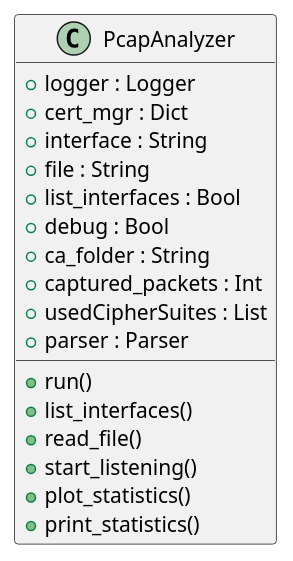
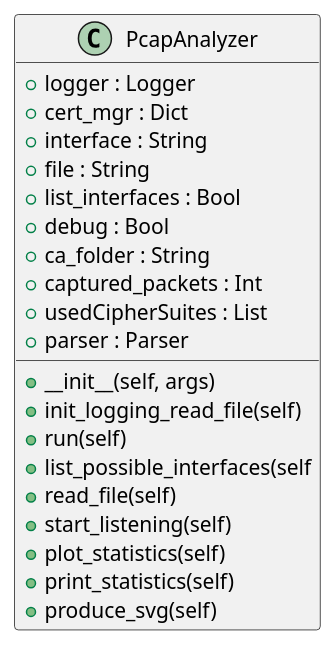
The fifth of 5 diagrams in UML/Classes.puml (SebBil/PcapAnalyse), drawn with PlantUML before and after one commit. The commit also changed other lines of this file and 4 other files, not shown here.

```diff
--- a/UML/Classes.puml
+++ b/UML/Classes.puml
@@ -60,21 +69,24 @@
 @startuml
 class PcapAnalyzer {
     + logger : Logger
     + cert_mgr : Dict
     + interface : String
     + file : String
     + list_interfaces : Bool
     + debug : Bool
     + ca_folder : String
     + captured_packets : Int
     + usedCipherSuites : List
     + parser : Parser
 
-    + run()
-    + list_interfaces()
-    + read_file()
-    + start_listening()
-    + plot_statistics()
-    + print_statistics()
+    + __init__(self, args)
+    + init_logging_read_file(self)
+    + run(self)
+    + list_possible_interfaces(self
+    + read_file(self)
+    + start_listening(self)
+    + plot_statistics(self)
+    + print_statistics(self)
+    + produce_svg(self)
 }
 @enduml
```
